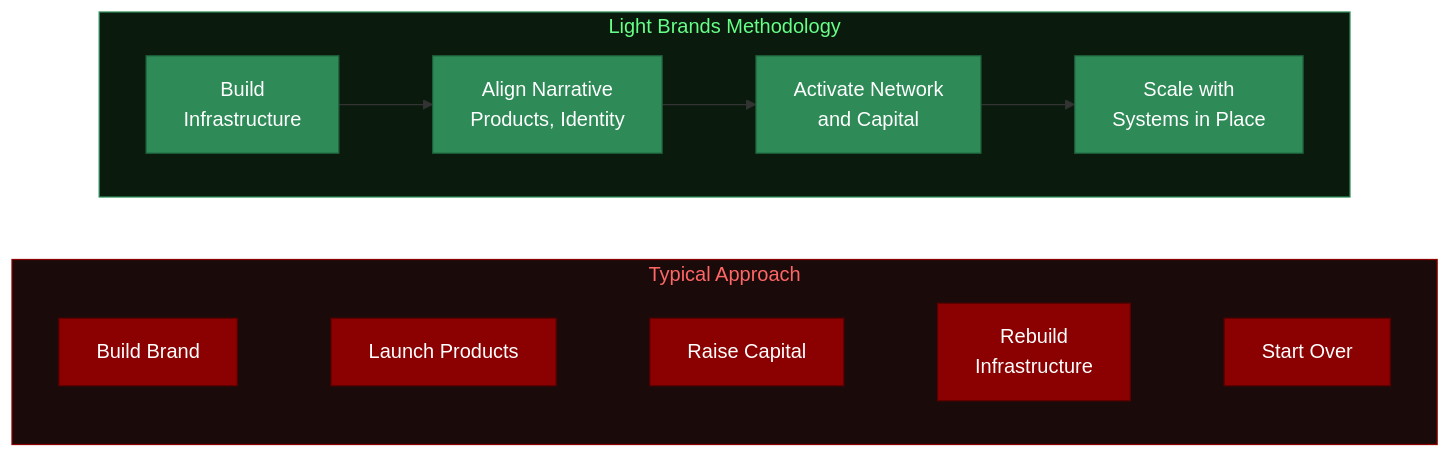
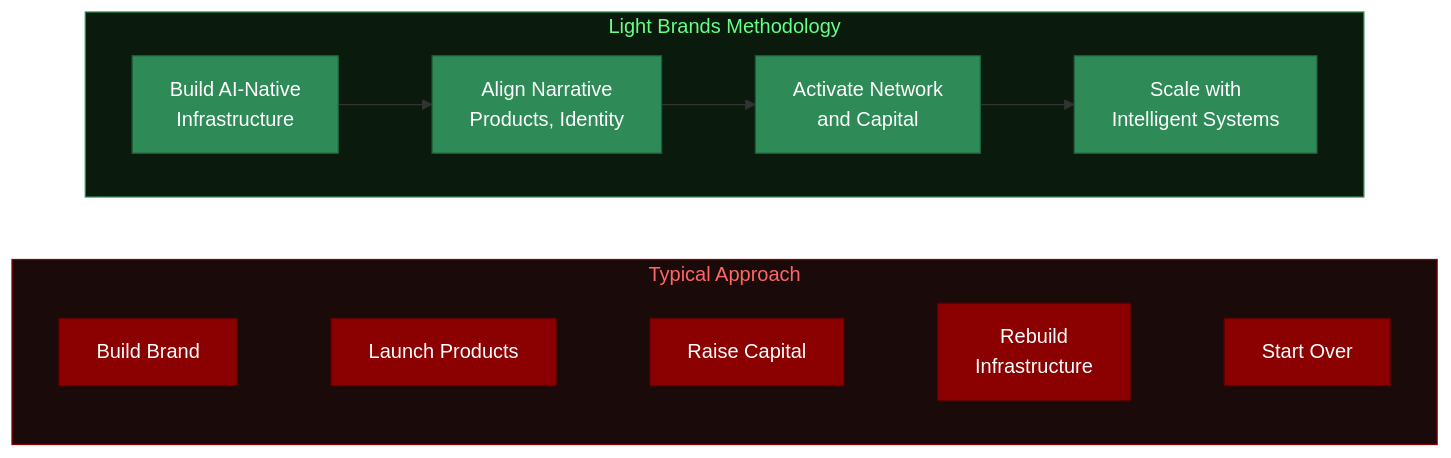
The fourth of 14 diagrams in brands/cho-ventures-ai/spec/CHO-VENTURES-FINAL-PRICING-STRATEGY.md (Light-Brands/brand-factory), drawn with Mermaid before and after one commit. The commit also changed other lines of this file and 1 other file, not shown here.

First line of the commit message:
Add bold strategic reality check — Web 2.0 patchwork vs AI-native

````diff
--- a/brands/cho-ventures-ai/spec/CHO-VENTURES-FINAL-PRICING-STRATEGY.md
+++ b/brands/cho-ventures-ai/spec/CHO-VENTURES-FINAL-PRICING-STRATEGY.md
@@ -50,29 +224,29 @@
 ```mermaid
 flowchart LR
     subgraph FRAGMENTED["Typical Approach"]
         direction LR
         F1["Build Brand"] ~~~ F2["Launch Products"]
         F2 ~~~ F3["Raise Capital"]
         F3 ~~~ F4["Rebuild<br/>Infrastructure"]
         F4 ~~~ F5["Start Over"]
     end
 
     subgraph INTEGRATED["Light Brands Methodology"]
         direction LR
-        I1["Build<br/>Infrastructure"] --> I2["Align Narrative<br/>Products, Identity"]
+        I1["Build AI-Native<br/>Infrastructure"] --> I2["Align Narrative<br/>Products, Identity"]
         I2 --> I3["Activate Network<br/>and Capital"]
-        I3 --> I4["Scale with<br/>Systems in Place"]
+        I3 --> I4["Scale with<br/>Intelligent Systems"]
     end
 
     style F1 fill:#8B0000,stroke:#5C0000,color:#fff
     style F2 fill:#8B0000,stroke:#5C0000,color:#fff
     style F3 fill:#8B0000,stroke:#5C0000,color:#fff
     style F4 fill:#8B0000,stroke:#5C0000,color:#fff
     style F5 fill:#8B0000,stroke:#5C0000,color:#fff
     style I1 fill:#2E8B57,stroke:#1D5E3A,color:#fff
     style I2 fill:#2E8B57,stroke:#1D5E3A,color:#fff
     style I3 fill:#2E8B57,stroke:#1D5E3A,color:#fff
     style I4 fill:#2E8B57,stroke:#1D5E3A,color:#fff
     style FRAGMENTED fill:#1a0a0a,stroke:#8B0000,color:#ff6666
     style INTEGRATED fill:#0a1a0d,stroke:#2E8B57,color:#66ff88
 ```
````
